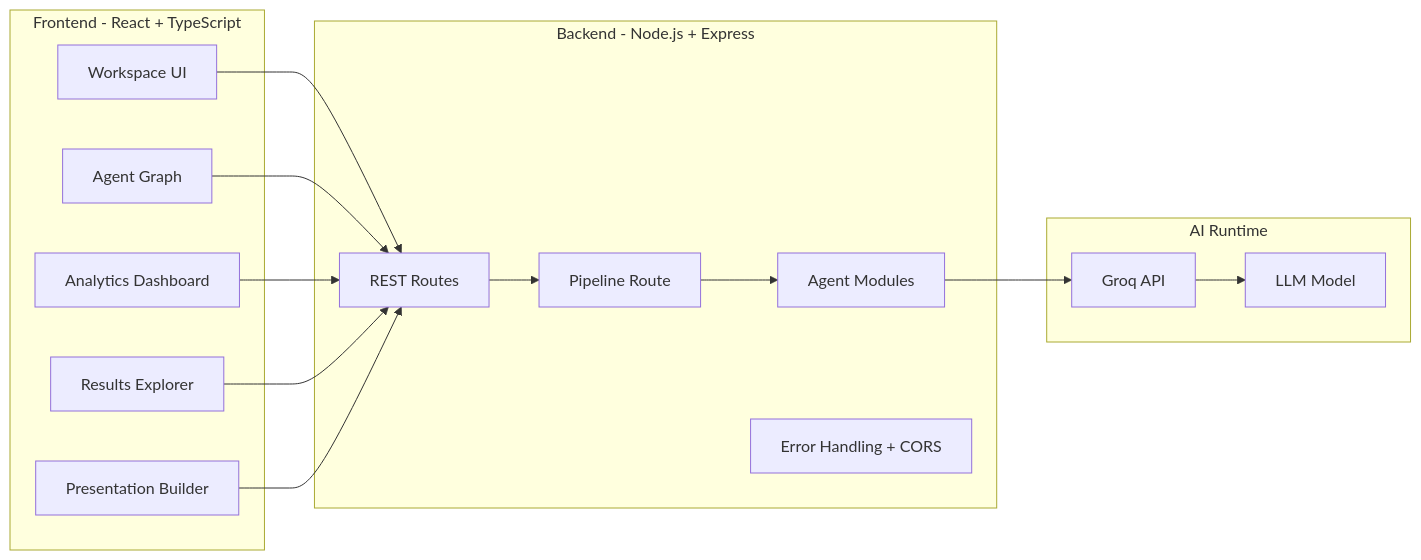
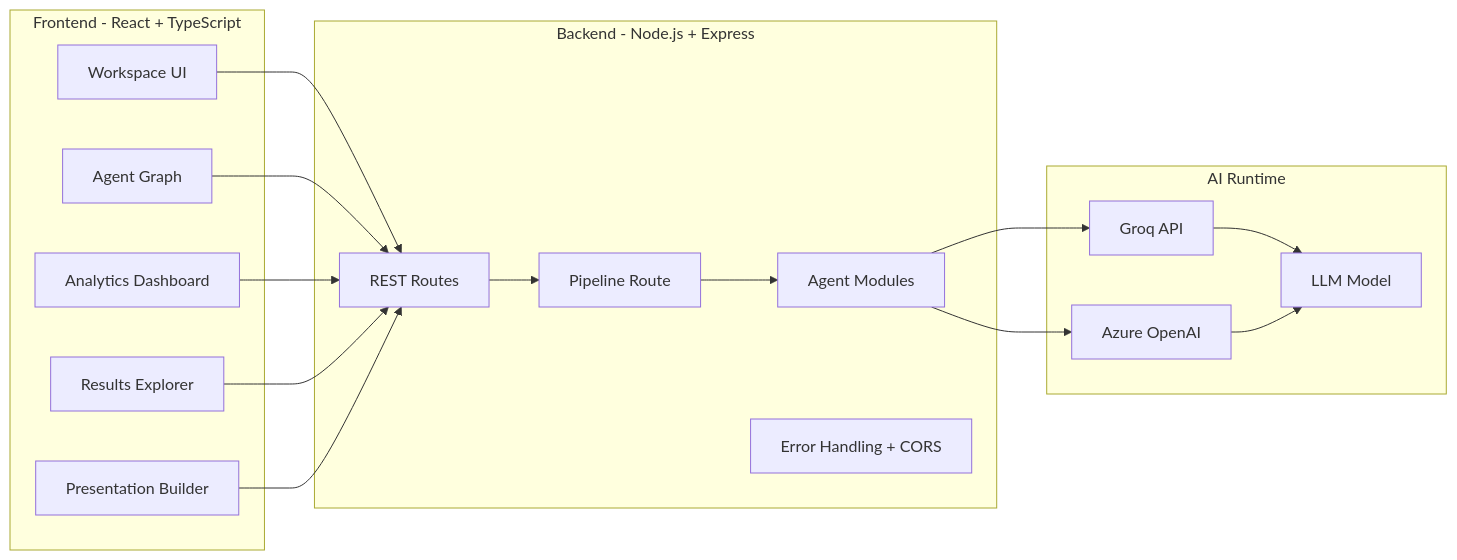
The second of 2 diagrams in README.md (hetpatel1b/SwarmX-AI), drawn with Mermaid before and after one commit. The commit also changed other lines of this file, not shown here.

````diff
--- a/README.md
+++ b/README.md
@@ -120,32 +117,35 @@
 ```mermaid
 flowchart LR
     subgraph Client["Frontend - React + TypeScript"]
         UI[Workspace UI]
         Graph[Agent Graph]
         Analytics[Analytics Dashboard]
         Results[Results Explorer]
         Builder[Presentation Builder]
     end
 
     subgraph API["Backend - Node.js + Express"]
         Routes[REST Routes]
         Orchestrator[Pipeline Route]
         Agents[Agent Modules]
         Middleware[Error Handling + CORS]
     end
 
     subgraph AI["AI Runtime"]
         Groq[Groq API]
+        Azure[Azure OpenAI]
         Model[LLM Model]
     end
 
     UI --> Routes
     Graph --> Routes
     Analytics --> Routes
     Results --> Routes
     Builder --> Routes
     Routes --> Orchestrator
     Orchestrator --> Agents
     Agents --> Groq
+    Agents --> Azure
     Groq --> Model
+    Azure --> Model
 ```
````
